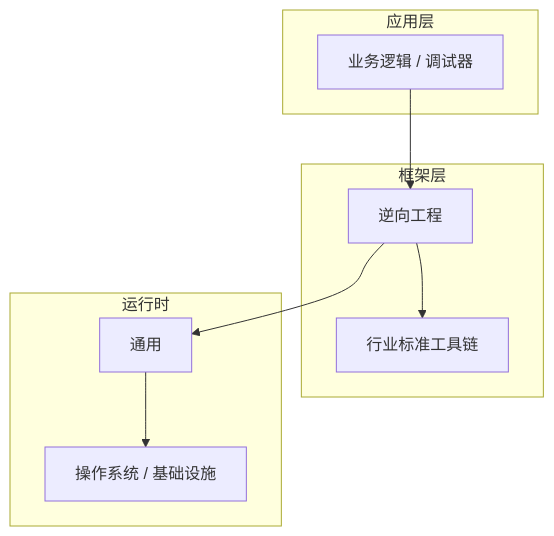
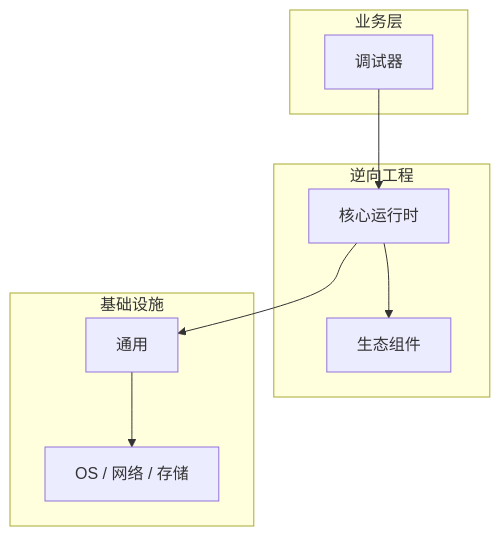
One commit to yanggan2015/knowledge-json-v2 changed the diagram in articles/逆向工程/chapters/025-调试器核心概念与原理.md. Above: the diagram before and after it, drawn with Mermaid. The commit also changed other lines of this file and 10127 other files, not shown here.

````diff
--- a/articles/逆向工程/chapters/025-调试器核心概念与原理.md
+++ b/articles/逆向工程/chapters/025-调试器核心概念与原理.md
@@ -46,18 +31,18 @@
 ```mermaid
 graph TB
-    subgraph 应用层
-        A[业务逻辑 / 调试器]
+    subgraph 业务层
+        A[调试器]
     end
-    subgraph 框架层
-        B[逆向工程]
-        C[行业标准工具链]
+    subgraph 逆向工程
+        B[核心运行时]
+        C[生态组件]
     end
-    subgraph 运行时
+    subgraph 基础设施
         D[通用]
-        E[操作系统 / 基础设施]
+        E[OS / 网络 / 存储]
     end
     A --> B
     B --> C
     B --> D
     D --> E
 ```
````
